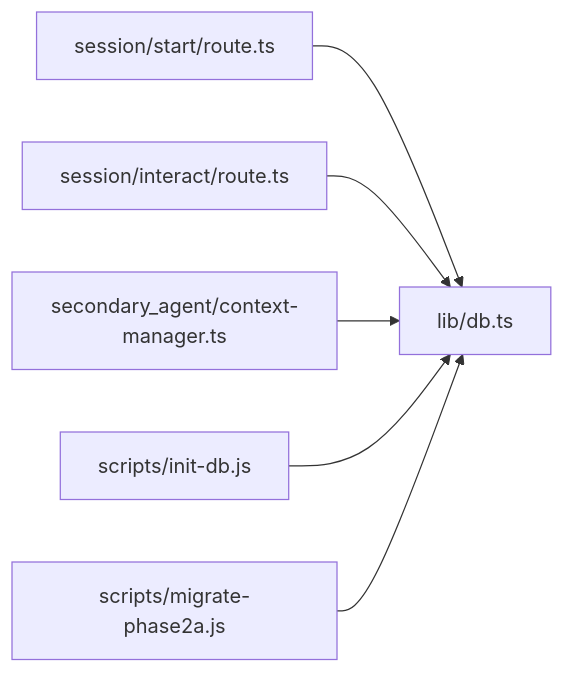
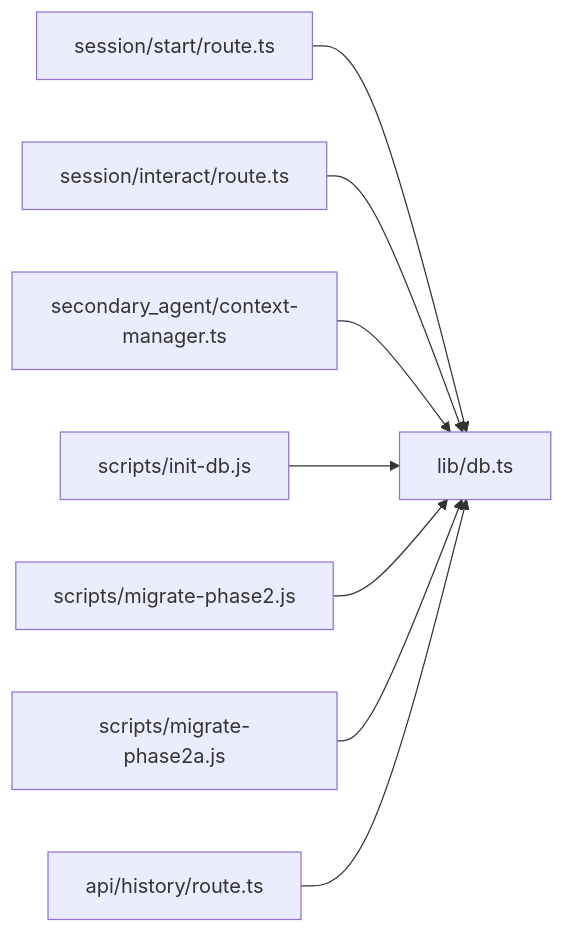
One commit to alikhan37544/InteractGenxSRM-1 changed the fourth of 4 diagrams in .qoder/repowiki/en/content/Database Schema.md. Above: the diagram before and after it, drawn with Mermaid. The commit also changed other lines of this file and 6645 other files, not shown here.

````diff
--- a/.qoder/repowiki/en/content/Database Schema.md
+++ b/.qoder/repowiki/en/content/Database Schema.md
@@ -272,8 +433,10 @@
 ```mermaid
 graph LR
 StartRoute["session/start/route.ts"] --> DBLib["lib/db.ts"]
 InteractRoute["session/interact/route.ts"] --> DBLib
 CtxMgr["secondary_agent/context-manager.ts"] --> DBLib
 InitDB["scripts/init-db.js"] --> DBLib
-MigPhase["scripts/migrate-phase2a.js"] --> DBLib
+MigPhase["scripts/migrate-phase2.js"] --> DBLib
+MigPhaseA["scripts/migrate-phase2a.js"] --> DBLib
+HistoryRoute["api/history/route.ts"] --> DBLib
 ```
````
